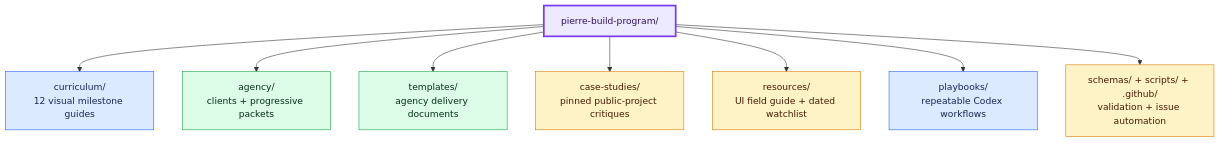
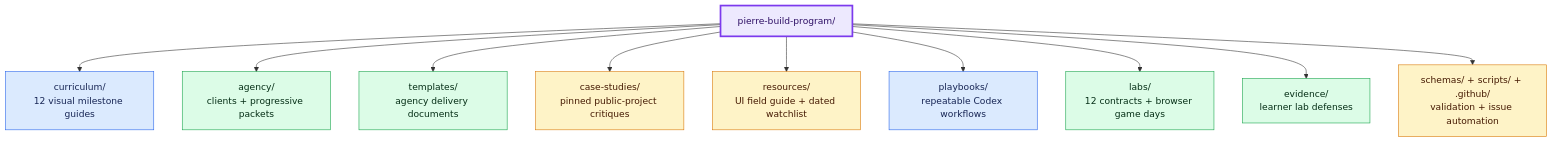
One commit to saliftankoano/pierre-build-program changed diagram 16 of 16 in README.md. Above: the diagram before and after it, drawn with Mermaid. The commit also changed other lines of this file and 253 other files, not shown here.

````diff
--- a/README.md
+++ b/README.md
@@ -459,20 +515,22 @@
 ```mermaid
 flowchart TD
     ROOT["pierre-build-program/"]
     ROOT --> CURR["curriculum/<br/>12 visual milestone guides"]
     ROOT --> AGENCY["agency/<br/>clients + progressive packets"]
     ROOT --> TEMPLATES["templates/<br/>agency delivery documents"]
     ROOT --> CASES["case-studies/<br/>pinned public-project critiques"]
     ROOT --> RES["resources/<br/>UI field guide + dated watchlist"]
     ROOT --> PLAY["playbooks/<br/>repeatable Codex workflows"]
+    ROOT --> LABS["labs/<br/>12 contracts + browser game days"]
+    ROOT --> EVIDENCE["evidence/<br/>learner lab defenses"]
     ROOT --> AUTO["schemas/ + scripts/ + .github/<br/>validation + issue automation"]
 
     classDef root fill:#ede9fe,stroke:#7c3aed,color:#2e1065,stroke-width:3px;
     classDef learn fill:#dbeafe,stroke:#2563eb,color:#172554;
     classDef work fill:#dcfce7,stroke:#16a34a,color:#052e16;
     classDef support fill:#fef3c7,stroke:#d97706,color:#451a03;
     class ROOT root;
     class CURR,PLAY learn;
-    class AGENCY,TEMPLATES work;
+    class AGENCY,TEMPLATES,LABS,EVIDENCE work;
     class CASES,RES,AUTO support;
 ```
````
